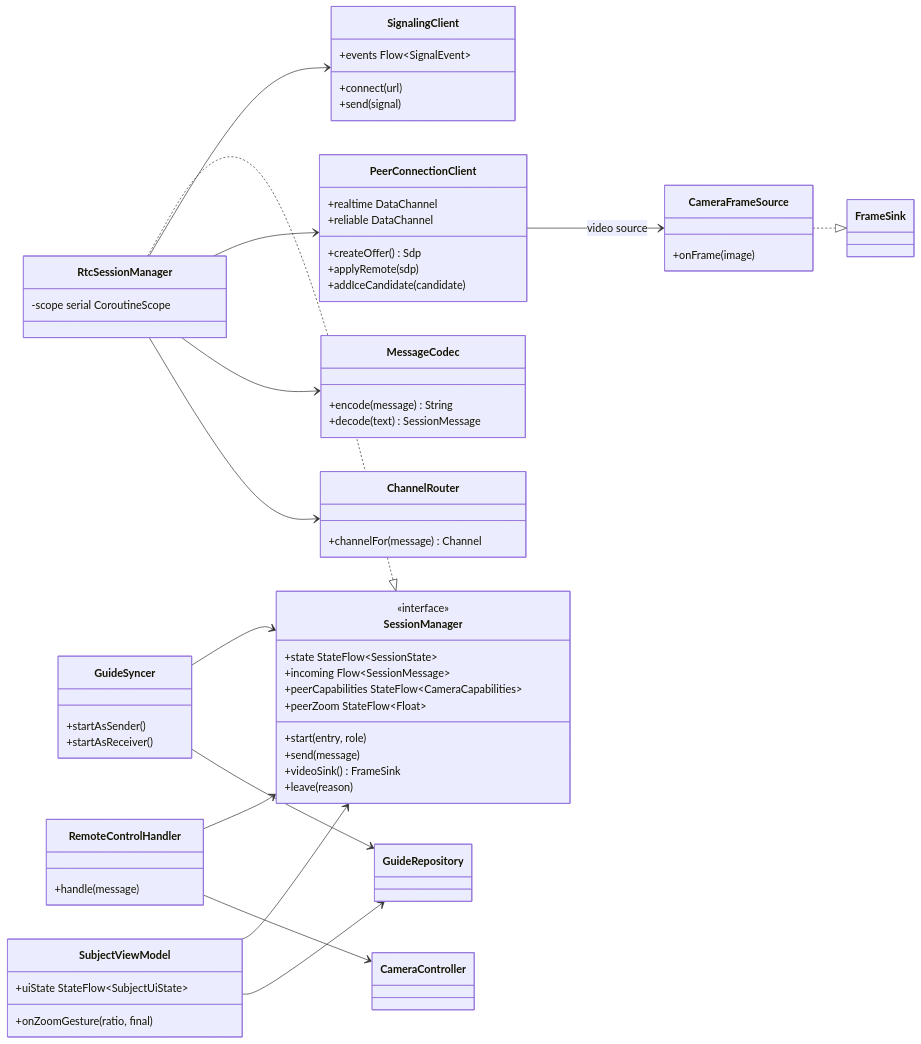
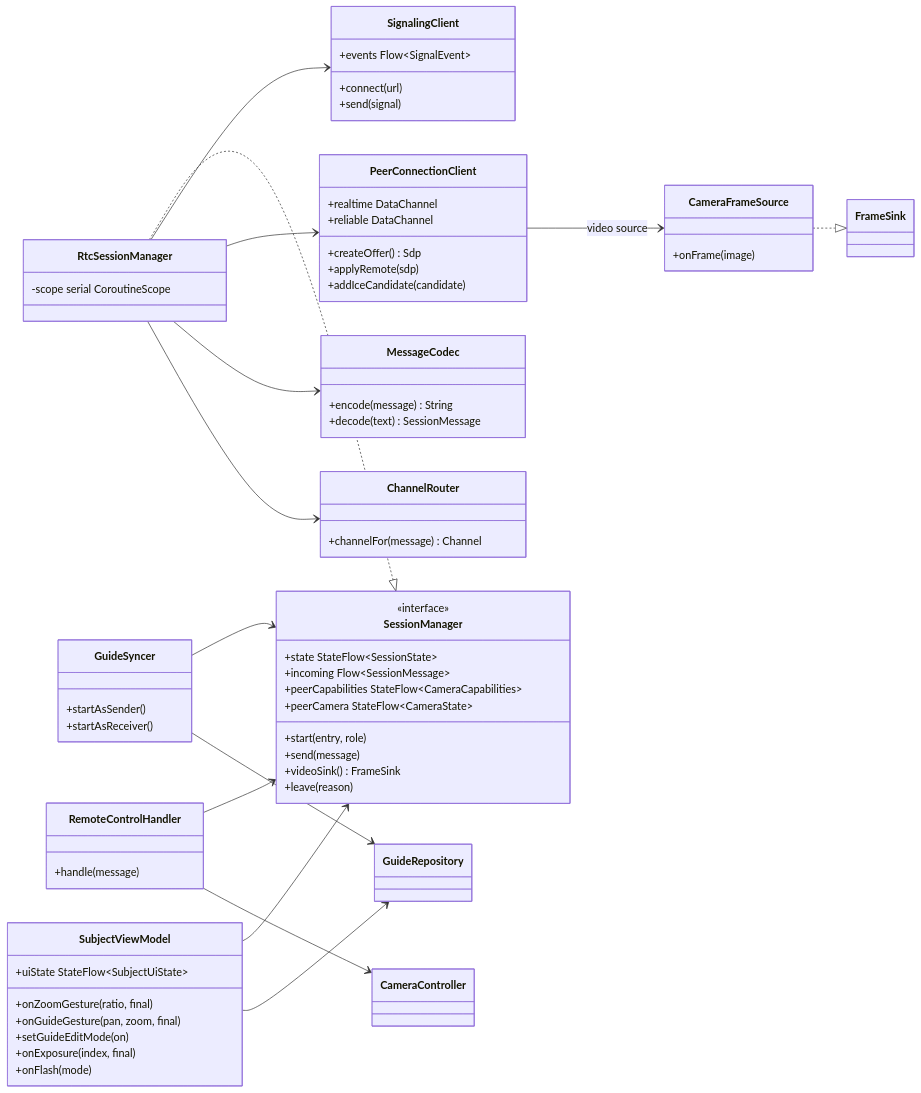
The seventh of 12 diagrams in wiki/Design-Documentation.md (snuhcs-course/swpp-2026-project-team-10), drawn with Mermaid before and after one commit. The commit also changed other lines of this file, not shown here.

````diff
--- a/wiki/Design-Documentation.md
+++ b/wiki/Design-Documentation.md
@@ -362,64 +505,68 @@
 ```mermaid
 classDiagram
   direction LR
   class SessionManager {
     <<interface>>
     +state StateFlow~SessionState~
     +incoming Flow~SessionMessage~
     +peerCapabilities StateFlow~CameraCapabilities~
-    +peerZoom StateFlow~Float~
+    +peerCamera StateFlow~CameraState~
     +start(entry, role)
     +send(message)
     +videoSink() FrameSink
     +leave(reason)
   }
   class RtcSessionManager {
     -scope serial CoroutineScope
   }
   class SignalingClient {
     +connect(url)
     +send(signal)
     +events Flow~SignalEvent~
   }
   class PeerConnectionClient {
     +createOffer() Sdp
     +applyRemote(sdp)
     +addIceCandidate(candidate)
     +realtime DataChannel
     +reliable DataChannel
   }
   class CameraFrameSource {
     +onFrame(image)
   }
   class MessageCodec {
     +encode(message) String
     +decode(text) SessionMessage
   }
   class ChannelRouter {
     +channelFor(message) Channel
   }
   class GuideSyncer {
     +startAsSender()
     +startAsReceiver()
   }
   class RemoteControlHandler {
     +handle(message)
   }
   class SubjectViewModel {
     +uiState StateFlow~SubjectUiState~
     +onZoomGesture(ratio, final)
+    +onGuideGesture(pan, zoom, final)
+    +setGuideEditMode(on)
+    +onExposure(index, final)
+    +onFlash(mode)
   }
   RtcSessionManager ..|> SessionManager
   RtcSessionManager --> SignalingClient
   RtcSessionManager --> PeerConnectionClient
   RtcSessionManager --> MessageCodec
   RtcSessionManager --> ChannelRouter
   PeerConnectionClient --> CameraFrameSource : video source
   CameraFrameSource ..|> FrameSink
   GuideSyncer --> SessionManager
   GuideSyncer --> GuideRepository
   RemoteControlHandler --> SessionManager
   RemoteControlHandler --> CameraController
   SubjectViewModel --> SessionManager
   SubjectViewModel --> GuideRepository
 ```
````
